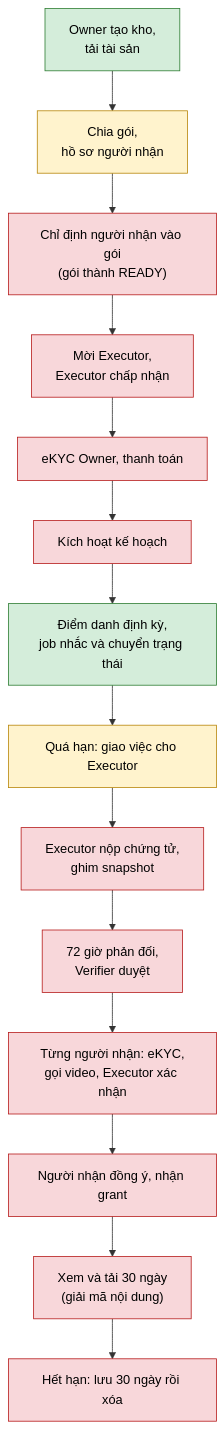
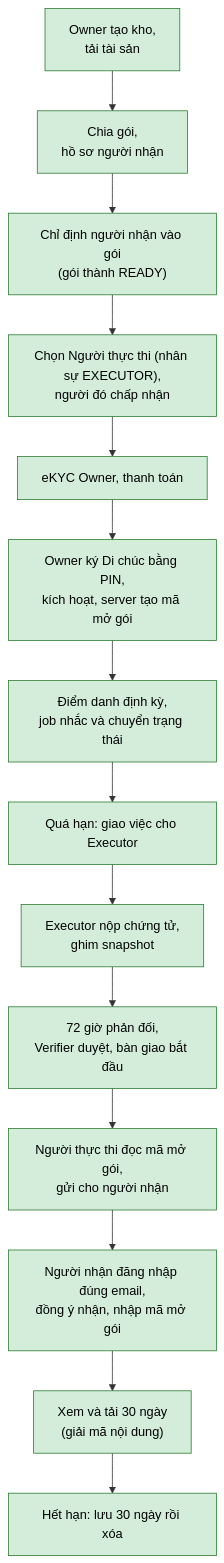
Before and after one commit to FPT-SWP391-SE2040-GROUP02/Backend: the fourth of 4 diagrams in docs/HIEU-DU-AN.md, drawn with Mermaid. The commit also changed other lines of this file and 3 other files, not shown here.

Commit message:
docs: cập nhật nghiệp vụ di chúc, mã mở gói và người nhận

````diff
--- a/docs/HIEU-DU-AN.md
+++ b/docs/HIEU-DU-AN.md
@@ -190,19 +189,19 @@
 ```mermaid
 flowchart TD
-    A["Owner tạo kho,<br/>tải tài sản"]:::done --> B["Chia gói,<br/>hồ sơ người nhận"]:::part
-    B --> C["Chỉ định người nhận vào gói<br/>(gói thành READY)"]:::todo
-    C --> D["Mời Executor,<br/>Executor chấp nhận"]:::todo
-    D --> E["eKYC Owner, thanh toán"]:::todo
-    E --> F["Kích hoạt kế hoạch"]:::todo
+    A["Owner tạo kho,<br/>tải tài sản"]:::done --> B["Chia gói,<br/>hồ sơ người nhận"]:::done
+    B --> C["Chỉ định người nhận vào gói<br/>(gói thành READY)"]:::done
+    C --> D["Chọn Người thực thi (nhân sự EXECUTOR),<br/>người đó chấp nhận"]:::done
+    D --> E["eKYC Owner, thanh toán"]:::done
+    E --> F["Owner ký Di chúc bằng PIN,<br/>kích hoạt, server tạo mã mở gói"]:::done
     F --> G["Điểm danh định kỳ,<br/>job nhắc và chuyển trạng thái"]:::done
-    G --> H["Quá hạn: giao việc cho Executor"]:::part
-    H --> I["Executor nộp chứng tử,<br/>ghim snapshot"]:::todo
-    I --> J["72 giờ phản đối,<br/>Verifier duyệt"]:::todo
-    J --> K["Từng người nhận: eKYC,<br/>gọi video, Executor xác nhận"]:::todo
-    K --> L["Người nhận đồng ý, nhận grant"]:::todo
-    L --> M["Xem và tải 30 ngày<br/>(giải mã nội dung)"]:::todo
-    M --> N["Hết hạn: lưu 30 ngày rồi xóa"]:::todo
+    G --> H["Quá hạn: giao việc cho Executor"]:::done
+    H --> I["Executor nộp chứng tử,<br/>ghim snapshot"]:::done
+    I --> J["72 giờ phản đối,<br/>Verifier duyệt, bàn giao bắt đầu"]:::done
+    J --> K["Người thực thi đọc mã mở gói,<br/>gửi cho người nhận"]:::done
+    K --> L["Người nhận đăng nhập đúng email,<br/>đồng ý nhận, nhập mã mở gói"]:::done
+    L --> M["Xem và tải 30 ngày<br/>(giải mã nội dung)"]:::done
+    M --> N["Hết hạn: lưu 30 ngày rồi xóa"]:::done
     classDef done fill:#d4edda,stroke:#2e7d32,color:#000
     classDef part fill:#fff3cd,stroke:#b8860b,color:#000
     classDef todo fill:#f8d7da,stroke:#b71c1c,color:#000
 ```
````
